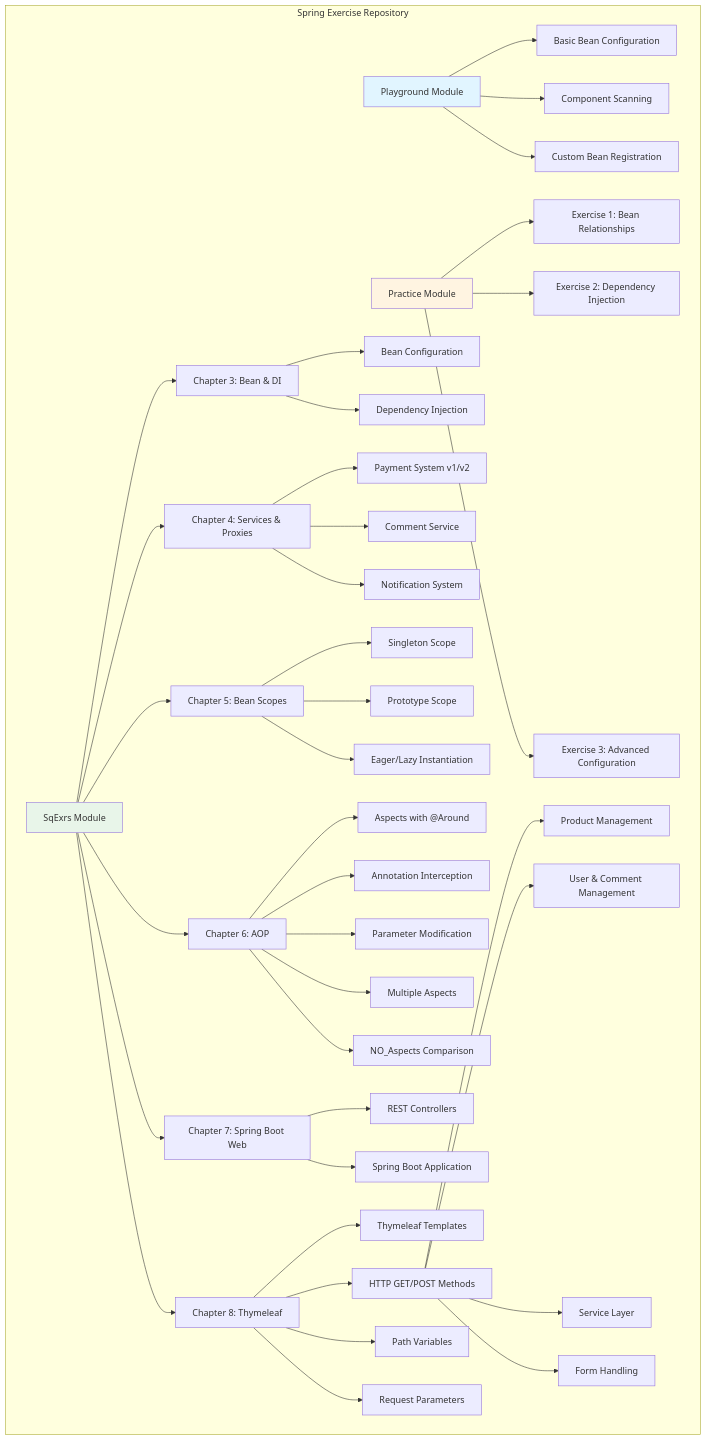
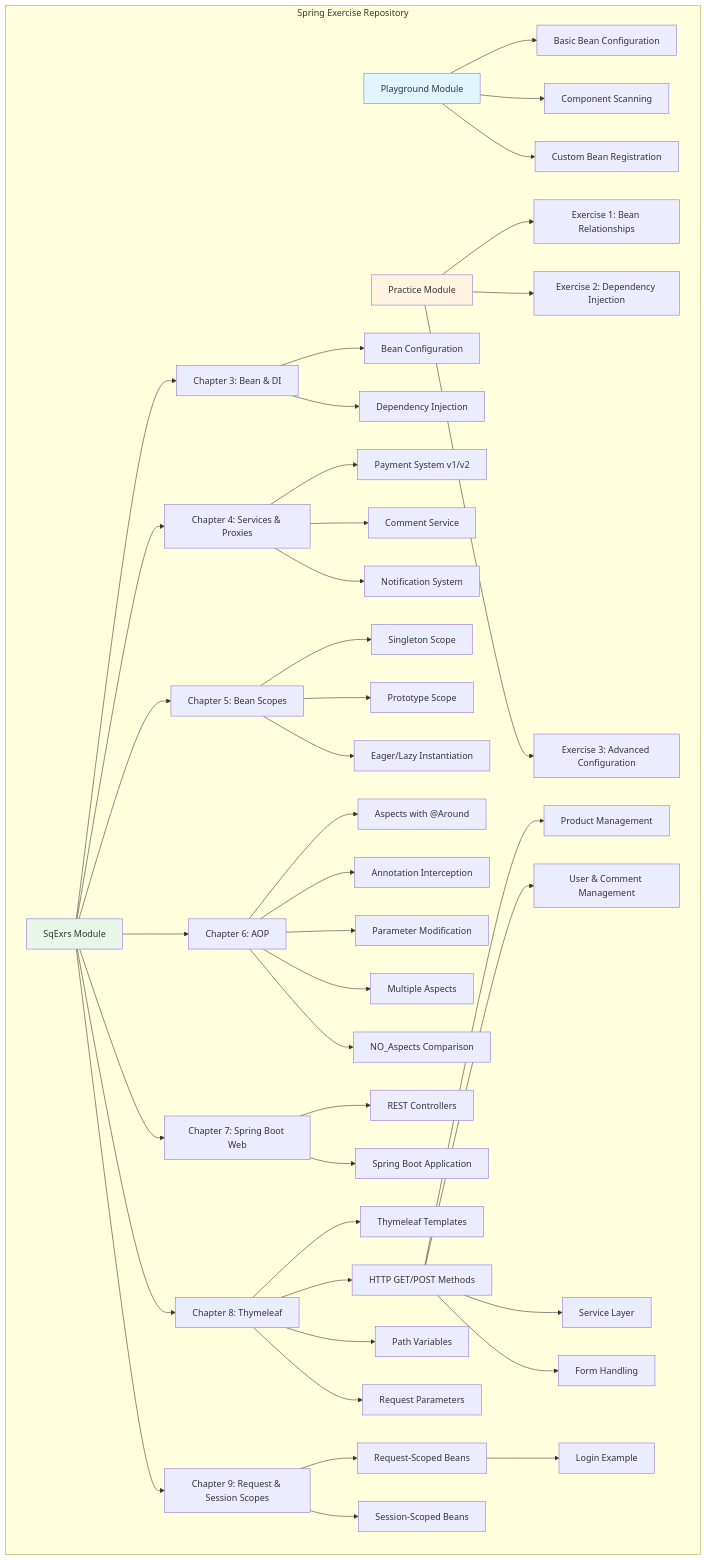
Before and after one commit to UsmanovMahmudkhan/spring-start-here: the first of 3 diagrams in README.md, drawn with Mermaid. The commit also changed other lines of this file, not shown here.

Commit message:
Docs: sync README with new Chapter9 + playground files

````diff
--- a/README.md
+++ b/README.md
@@ -3,53 +3,59 @@
 ```mermaid
 graph TB
     subgraph "Spring Exercise Repository"
         A[Playground Module] --> B[Basic Bean Configuration]
         A --> C[Component Scanning]
         A --> D[Custom Bean Registration]
         
         E[Practice Module] --> F[Exercise 1: Bean Relationships]
         E --> G[Exercise 2: Dependency Injection]
         E --> H[Exercise 3: Advanced Configuration]
         
         I[SqExrs Module] --> J[Chapter 3: Bean & DI]
         I --> K[Chapter 4: Services & Proxies]
         I --> L[Chapter 5: Bean Scopes]
         I --> M[Chapter 6: AOP]
         I --> N[Chapter 7: Spring Boot Web]
         I --> O[Chapter 8: Thymeleaf]
+        I --> P[Chapter 9: Request & Session Scopes]
         
         J --> J1[Bean Configuration]
         J --> J2[Dependency Injection]
         
         K --> K1[Payment System v1/v2]
         K --> K2[Comment Service]
         K --> K3[Notification System]
         
         L --> L1[Singleton Scope]
         L --> L2[Prototype Scope]
         L --> L3[Eager/Lazy Instantiation]
         
         M --> M1[Aspects with @Around]
         M --> M2[Annotation Interception]
         M --> M3[Parameter Modification]
         M --> M4[Multiple Aspects]
         M --> M5[NO_Aspects Comparison]
         
         N --> N1[REST Controllers]
         N --> N2[Spring Boot Application]
         
         O --> O1[Thymeleaf Templates]
         O --> O2[HTTP GET/POST Methods]
         O --> O3[Path Variables]
         O --> O4[Request Parameters]
         
         O2 --> O2A[Product Management]
         O2 --> O2B[User & Comment Management]
         O2 --> O2C[Service Layer]
         O2 --> O2D[Form Handling]
+        
+        P --> P1[Request-Scoped Beans]
+        P --> P2[Session-Scoped Beans]
+        
+        P1 --> P1A[Login Example]
     end
     
     style A fill:#e1f5ff
     style E fill:#fff4e1
     style I fill:#e8f5e9
 ```
````
